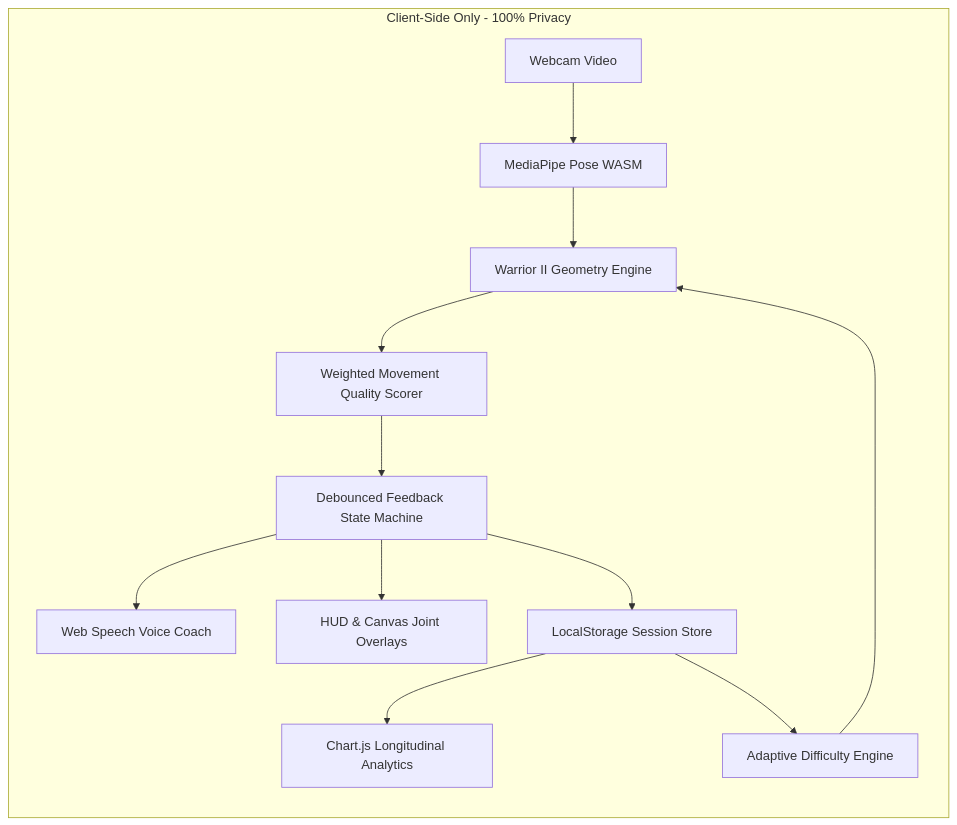
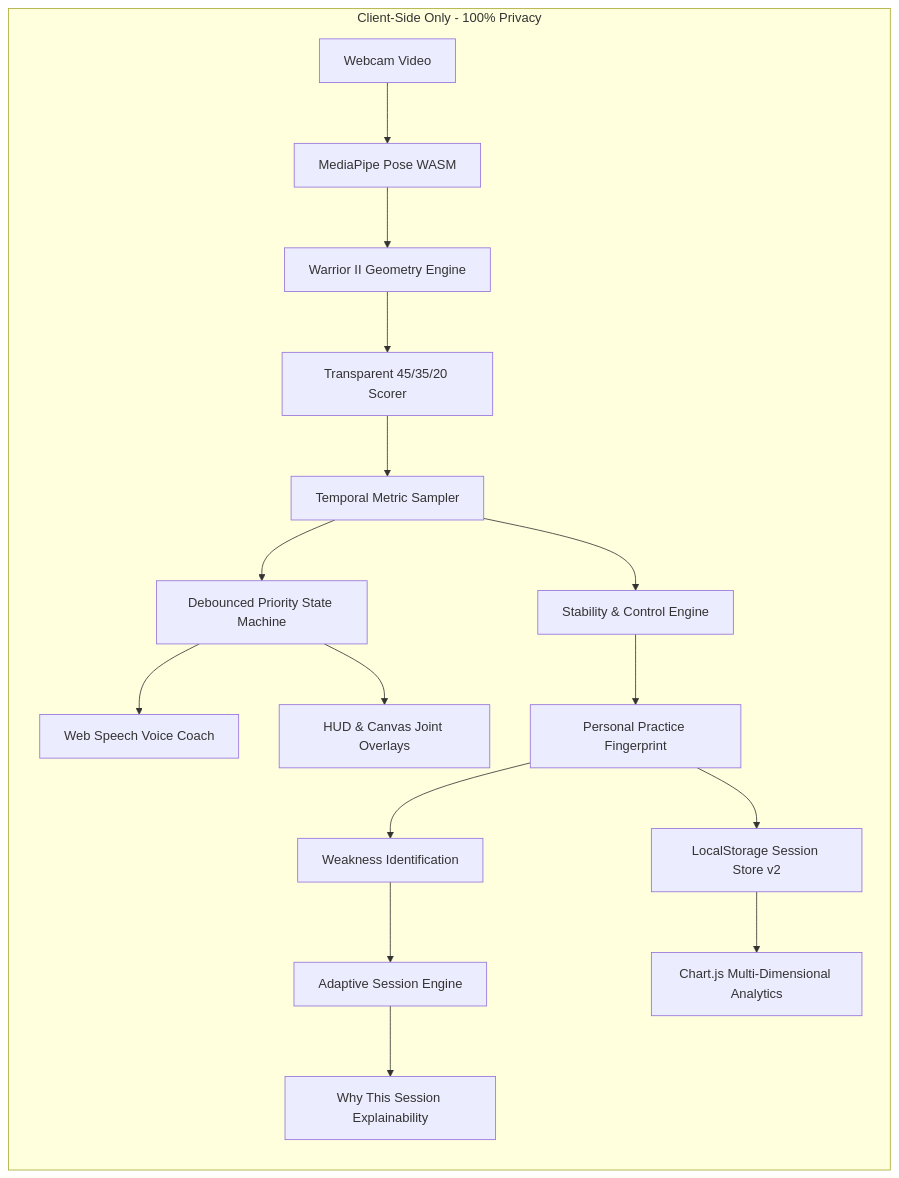
One commit to HRAGROUPS/Solo-Innovator changed the diagram in SUBMISSION.md. Above: the diagram before and after it, drawn with Mermaid. The commit also changed other lines of this file and 3 other files, not shown here.

Commit message:
feat: upgrade 2 - personal practice fingerprint + adaptive session engine

````diff
--- a/SUBMISSION.md
+++ b/SUBMISSION.md
@@ -55,15 +57,19 @@
 ```mermaid
 graph LR
   subgraph Client Browser [Client-Side Only - 100% Privacy]
     Camera[Webcam Video] --> Pose[MediaPipe Pose WASM]
     Pose --> Analysis[Warrior II Geometry Engine]
-    Analysis --> Scorer[Weighted Movement Quality Scorer]
-    Scorer --> Debounce[Debounced Feedback State Machine]
+    Analysis --> Scorer[Transparent 45/35/20 Scorer]
+    Scorer --> Temporal[Temporal Metric Sampler]
+    Temporal --> Stability[Stability & Control Engine]
+    Temporal --> Debounce[Debounced Priority State Machine]
     Debounce --> Voice[Web Speech Voice Coach]
     Debounce --> Canvas[HUD & Canvas Joint Overlays]
-    Debounce --> Storage[LocalStorage Session Store]
-    Storage --> Chart[Chart.js Longitudinal Analytics]
-    Storage --> Adapt[Adaptive Difficulty Engine]
-    Adapt --> Analysis
+    Stability --> Fingerprint[Personal Practice Fingerprint]
+    Fingerprint --> Weakness[Weakness Identification]
+    Weakness --> Adapt[Adaptive Session Engine]
+    Adapt --> Explain[Why This Session Explainability]
+    Fingerprint --> Storage[LocalStorage Session Store v2]
+    Storage --> Chart[Chart.js Multi-Dimensional Analytics]
   end
 ```
````
